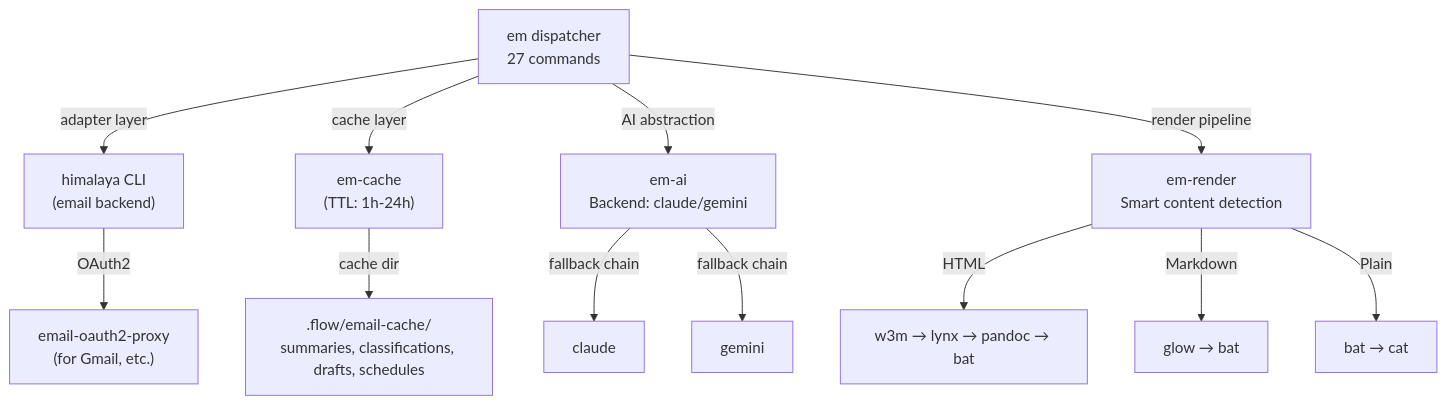
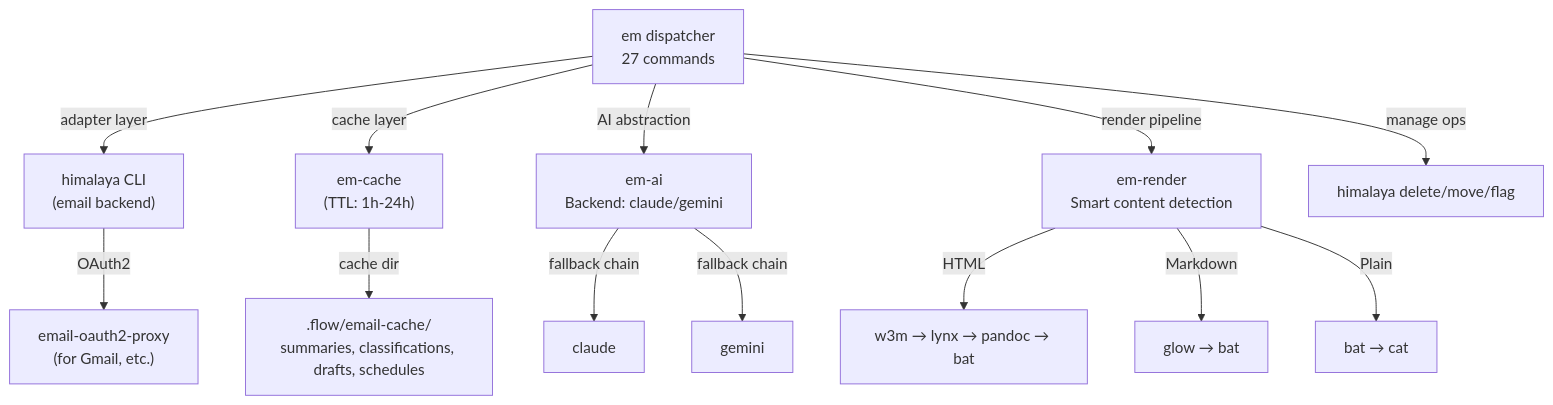
The second of 2 diagrams in docs/reference/REFCARD-EMAIL-DISPATCHER.md (Data-Wise/flow-cli), drawn with Mermaid before and after one commit. The commit also changed other lines of this file and 29 other files, not shown here.

First line of the commit message:
feat: em delete, move, restore, flag, todo, event + 10 tutorials (#403)

````diff
--- a/docs/reference/REFCARD-EMAIL-DISPATCHER.md
+++ b/docs/reference/REFCARD-EMAIL-DISPATCHER.md
@@ -107,14 +125,15 @@
 ```mermaid
 graph TD
     A["em dispatcher<br/>27 commands"] -->|adapter layer| B["himalaya CLI<br/>(email backend)"]
     A -->|cache layer| C["em-cache<br/>(TTL: 1h-24h)"]
     A -->|AI abstraction| D["em-ai<br/>Backend: claude/gemini"]
     A -->|render pipeline| E["em-render<br/>Smart content detection"]
+    A -->|manage ops| F["himalaya delete/move/flag"]
     D -->|fallback chain| D1["claude"]
     D -->|fallback chain| D2["gemini"]
     E -->|HTML| E1["w3m → lynx → pandoc → bat"]
     E -->|Markdown| E2["glow → bat"]
     E -->|Plain| E3["bat → cat"]
     B -->|OAuth2| B1["email-oauth2-proxy<br/>(for Gmail, etc.)"]
     C -->|cache dir| C1[".flow/email-cache/<br/>summaries, classifications, drafts, schedules"]
 ```
````
